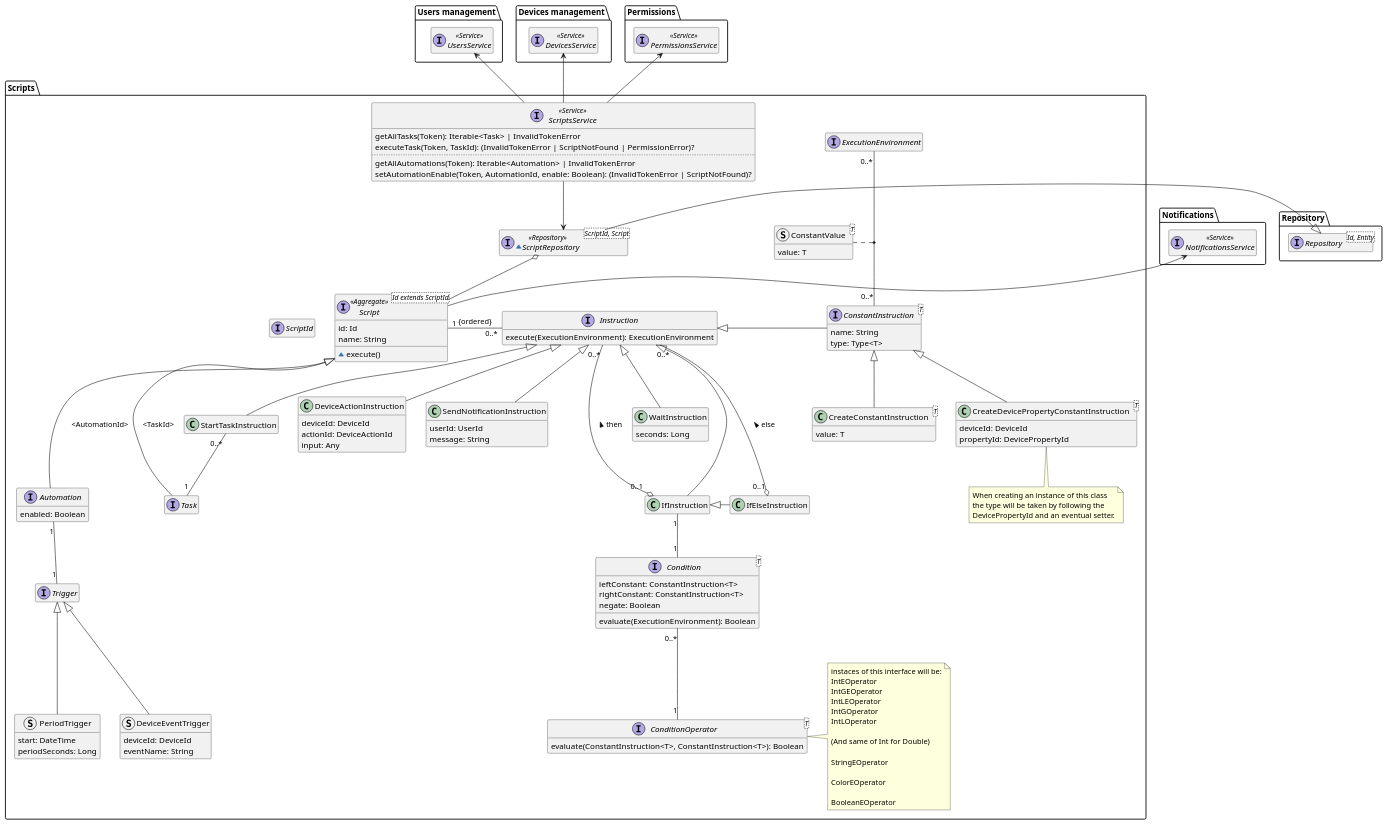
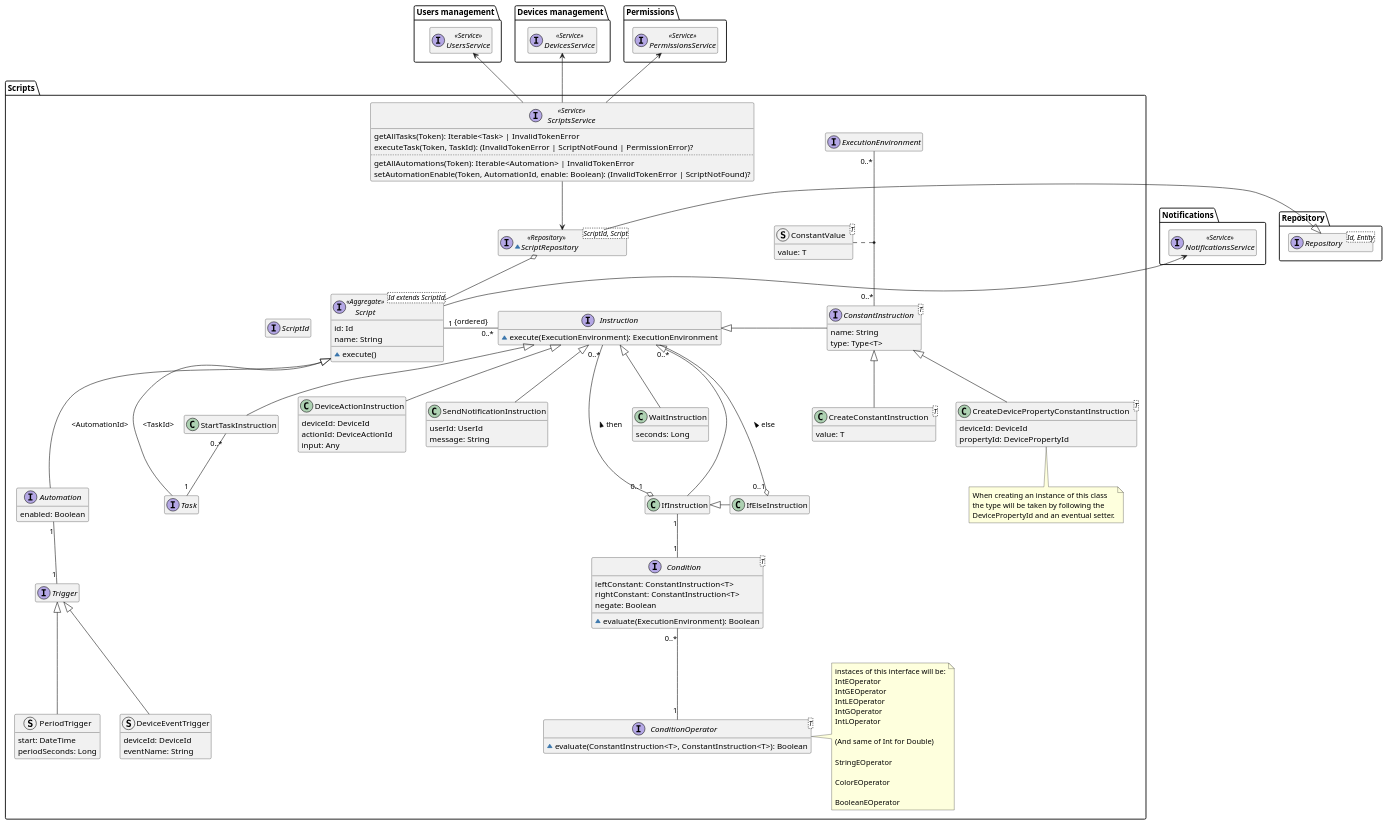
Before and after one commit to DomoticASW/.github: the diagram in diagrams/src/scripts-domain-model.puml, drawn with PlantUML. The commit also changed 1 other file, not shown here.

```diff
--- a/diagrams/src/scripts-domain-model.puml
+++ b/diagrams/src/scripts-domain-model.puml
@@ -1,164 +1,164 @@
 @startuml scripts-domain-model
 
 hide empty members
 package Repository{
     interface Repository<Id, Entity>
 }
 
 package "Users management" as UsersManagement {
     interface UsersService <<Service>>
 }
 
 package "Devices management" as DevicesManagement {
     interface DevicesService <<Service>>
 }
 
 package Permissions {
     interface PermissionsService <<Service>>
 }
 
 package Notifications {
     interface NotificationsService <<Service>>
 }
 
 package "Scripts" {
 
     interface ScriptId
 
     interface Script<Id extends ScriptId> <<Aggregate>> {
         id: Id
         name: String
         ~execute()
     }
 
     interface Task
     interface Automation {
         enabled: Boolean
     }
 
     interface Trigger
 
     struct DeviceEventTrigger extends Trigger {
         deviceId: DeviceId
         eventName: String
     }
 
     struct PeriodTrigger extends Trigger {
         start: DateTime
         periodSeconds: Long
     }
 
     interface Instruction {
-        execute(ExecutionEnvironment): ExecutionEnvironment
+        ~execute(ExecutionEnvironment): ExecutionEnvironment
     }
     class StartTaskInstruction extends Instruction
 
     class DeviceActionInstruction extends Instruction {
         deviceId: DeviceId
         actionId: DeviceActionId
         input: Any
     }
 
     class IfInstruction
 
     class IfElseInstruction
 
     class SendNotificationInstruction extends Instruction {
         userId: UserId
         message: String
     }
 
     class WaitInstruction extends Instruction {
         seconds: Long
     }
 
     interface ConstantInstruction<T> {
         name: String
         type: Type<T>
     }
 
     class CreateDevicePropertyConstantInstruction<T> extends ConstantInstruction {
         deviceId: DeviceId
         propertyId: DevicePropertyId
     }
     note bottom of CreateDevicePropertyConstantInstruction
         When creating an instance of this class
         the type will be taken by following the
         DevicePropertyId and an eventual setter.
     end note
 
     class CreateConstantInstruction<T> extends ConstantInstruction {
         value: T
     }
 
     interface Condition<T> {
         leftConstant: ConstantInstruction<T>
         rightConstant: ConstantInstruction<T>
         negate: Boolean
-        evaluate(ExecutionEnvironment): Boolean
+        ~evaluate(ExecutionEnvironment): Boolean
     }
 
     interface ConditionOperator<T> {
-        evaluate(ConstantInstruction<T>, ConstantInstruction<T>): Boolean
+        ~evaluate(ConstantInstruction<T>, ConstantInstruction<T>): Boolean
     }
 
     note right of ConditionOperator
         instaces of this interface will be:
         IntEOperator
         IntGEOperator
         IntLEOperator
         IntGOperator
         IntLOperator
 
         (And same of Int for Double)
 
         StringEOperator
 
         ColorEOperator
 
         BooleanEOperator
     end note
 
     interface ExecutionEnvironment
 
     struct ConstantValue<T> {
         value: T
     }
 
     ExecutionEnvironment "0..*" -- "0..*" ConstantInstruction
     ConstantValue .. (ExecutionEnvironment, ConstantInstruction)
 
     ~interface ScriptRepository<ScriptId, Script> <<Repository>> {
     }
     ScriptRepository -l-|> Repository.Repository
     ScriptRepository o-- Script
 
     interface ScriptsService <<Service>> {
         getAllTasks(Token): Iterable<Task> | InvalidTokenError
         executeTask(Token, TaskId): (InvalidTokenError | ScriptNotFound | PermissionError)?
         ..
         getAllAutomations(Token): Iterable<Automation> | InvalidTokenError
         setAutomationEnable(Token, AutomationId, enable: Boolean): (InvalidTokenError | ScriptNotFound)?
     }
 
     Script -l[hidden] ScriptId
     Script <|-- Task : "<TaskId>"
     Script <|--- Automation : "<AutomationId>"
     Automation "1" -- "1" Trigger
     Script "1" -r- "0..*" Instruction : "{ordered}"
     IfInstruction --u-|> Instruction
     IfElseInstruction -l-|> IfInstruction
     IfInstruction "0..1" o-u- "0..*" Instruction : "then >"
     IfInstruction "1" -- "1" Condition
     IfElseInstruction "0..1" o-u- "0..*" Instruction : "else >"
     StartTaskInstruction "0..*" -- "1" Task
     Condition "0..*" -- "1" ConditionOperator
     ConstantInstruction -l-|> Instruction
     ScriptsService --> ScriptRepository
     ScriptsService -u-> Permissions.PermissionsService
     ScriptsService -u-> DevicesManagement.DevicesService
     ScriptsService -u-> UsersManagement.UsersService
     Script -u-> Notifications.NotificationsService
 }
 
 @enduml
```
